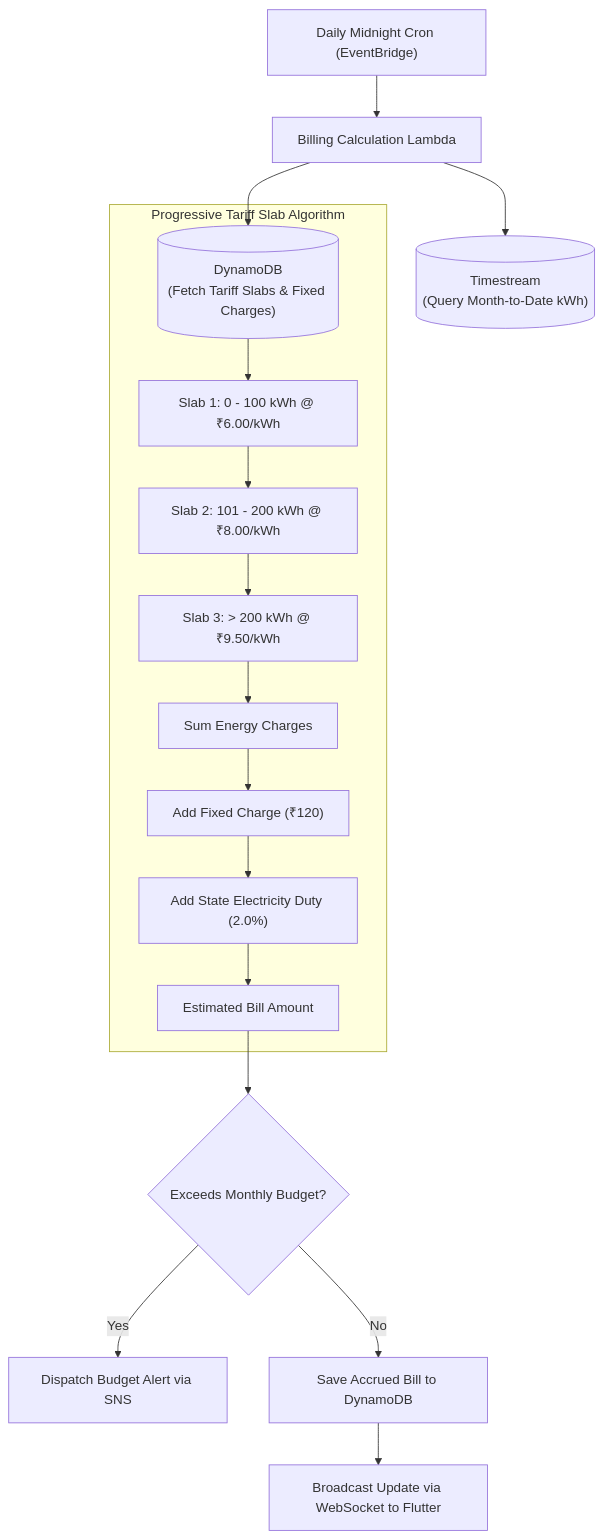
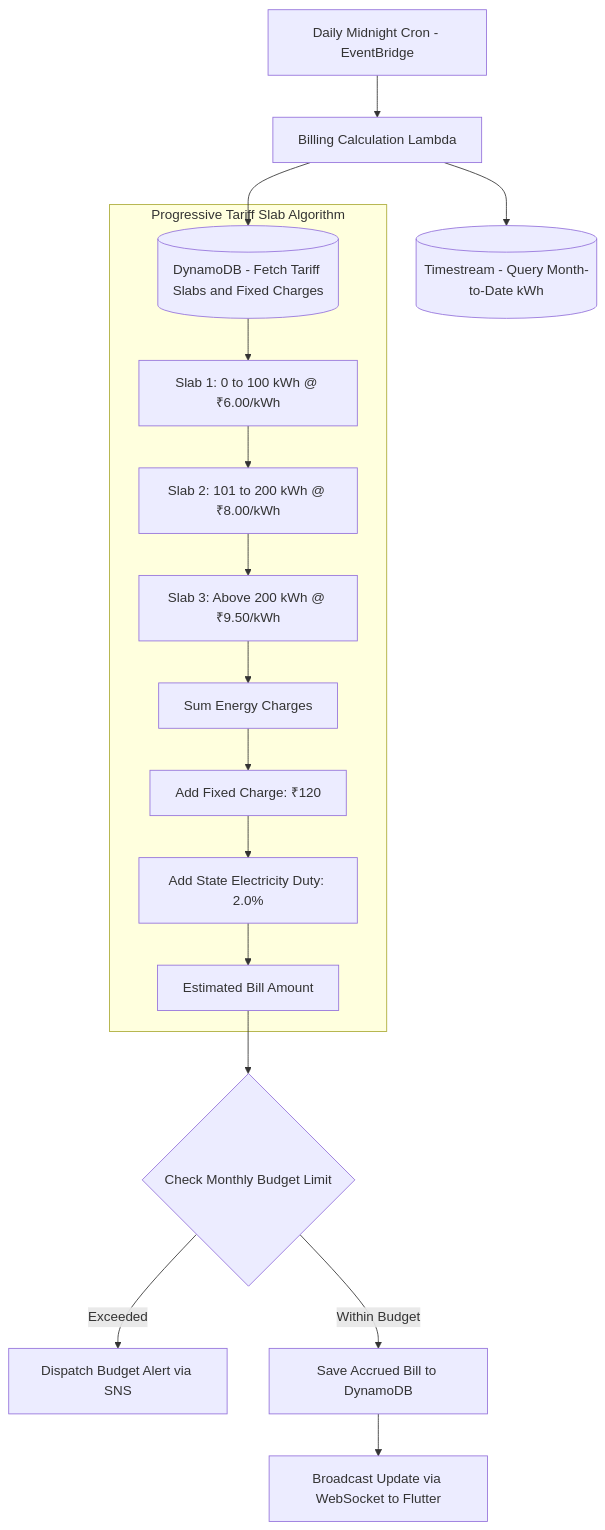
One commit to VimalChaudhary07/SEMS changed the eighth of 11 diagrams in README.md. Above: the diagram before and after it, drawn with Mermaid. The commit also changed other lines of this file and 5 other files, not shown here.

````diff
--- a/README.md
+++ b/README.md
@@ -458,21 +461,21 @@
 ```mermaid
 flowchart TD
-    Cron["Daily Midnight Cron (EventBridge)"] --> Lambda["Billing Calculation Lambda"]
-    Lambda --> Timestream[("Timestream<br/>(Query Month-to-Date kWh)")]
-    Lambda --> DynamoDB[("DynamoDB<br/>(Fetch Tariff Slabs & Fixed Charges)")]
+    Cron["Daily Midnight Cron - EventBridge"] --> Lambda["Billing Calculation Lambda"]
+    Lambda --> Timestream[("Timestream - Query Month-to-Date kWh")]
+    Lambda --> DynamoDB[("DynamoDB - Fetch Tariff Slabs and Fixed Charges")]
 
     subgraph Calculation["Progressive Tariff Slab Algorithm"]
-        DynamoDB --> Slab1["Slab 1: 0 - 100 kWh @ ₹6.00/kWh"]
-        Slab1 --> Slab2["Slab 2: 101 - 200 kWh @ ₹8.00/kWh"]
-        Slab2 --> Slab3["Slab 3: > 200 kWh @ ₹9.50/kWh"]
+        DynamoDB --> Slab1["Slab 1: 0 to 100 kWh @ ₹6.00/kWh"]
+        Slab1 --> Slab2["Slab 2: 101 to 200 kWh @ ₹8.00/kWh"]
+        Slab2 --> Slab3["Slab 3: Above 200 kWh @ ₹9.50/kWh"]
         Slab3 --> SumSlabs["Sum Energy Charges"]
-        SumSlabs --> AddFixed["Add Fixed Charge (₹120)"]
-        AddFixed --> AddDuty["Add State Electricity Duty (2.0%)"]
+        SumSlabs --> AddFixed["Add Fixed Charge: ₹120"]
+        AddFixed --> AddDuty["Add State Electricity Duty: 2.0%"]
         AddDuty --> Total["Estimated Bill Amount"]
     end
 
-    Total --> Budget{"Exceeds Monthly Budget?"}
-    Budget -->|Yes| Alert["Dispatch Budget Alert via SNS"]
-    Budget -->|No| Store["Save Accrued Bill to DynamoDB"]
+    Total --> Budget{"Check Monthly Budget Limit"}
+    Budget -->|Exceeded| Alert["Dispatch Budget Alert via SNS"]
+    Budget -->|Within Budget| Store["Save Accrued Bill to DynamoDB"]
     Store --> Push["Broadcast Update via WebSocket to Flutter"]
 ```
````
